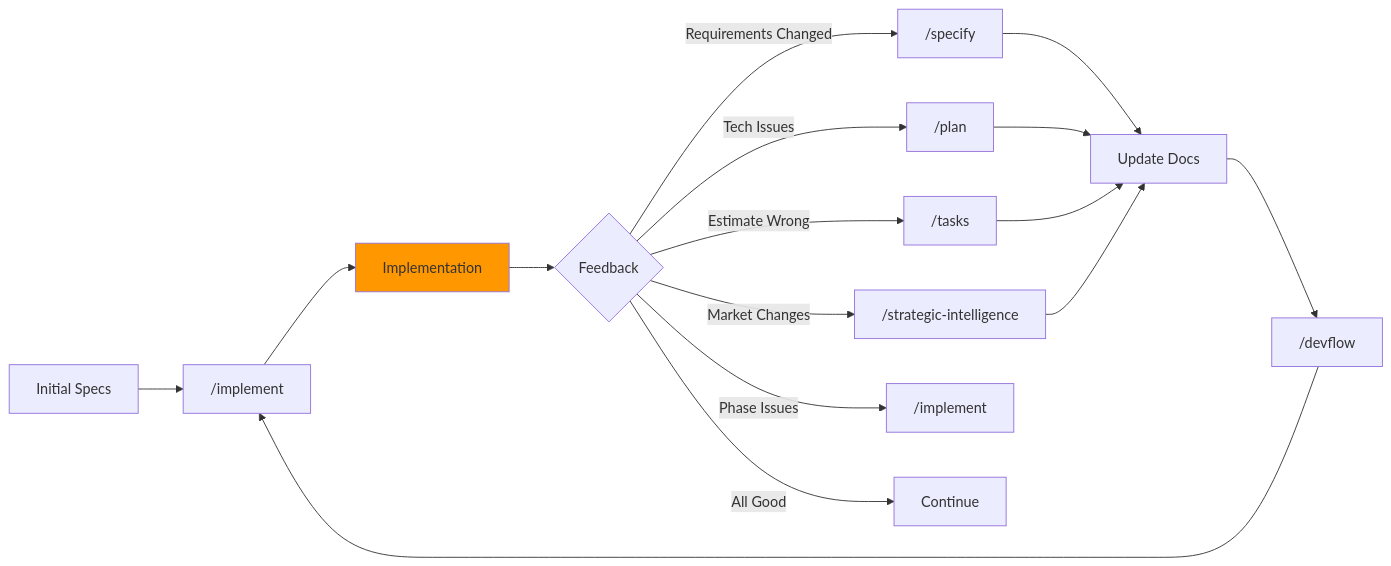
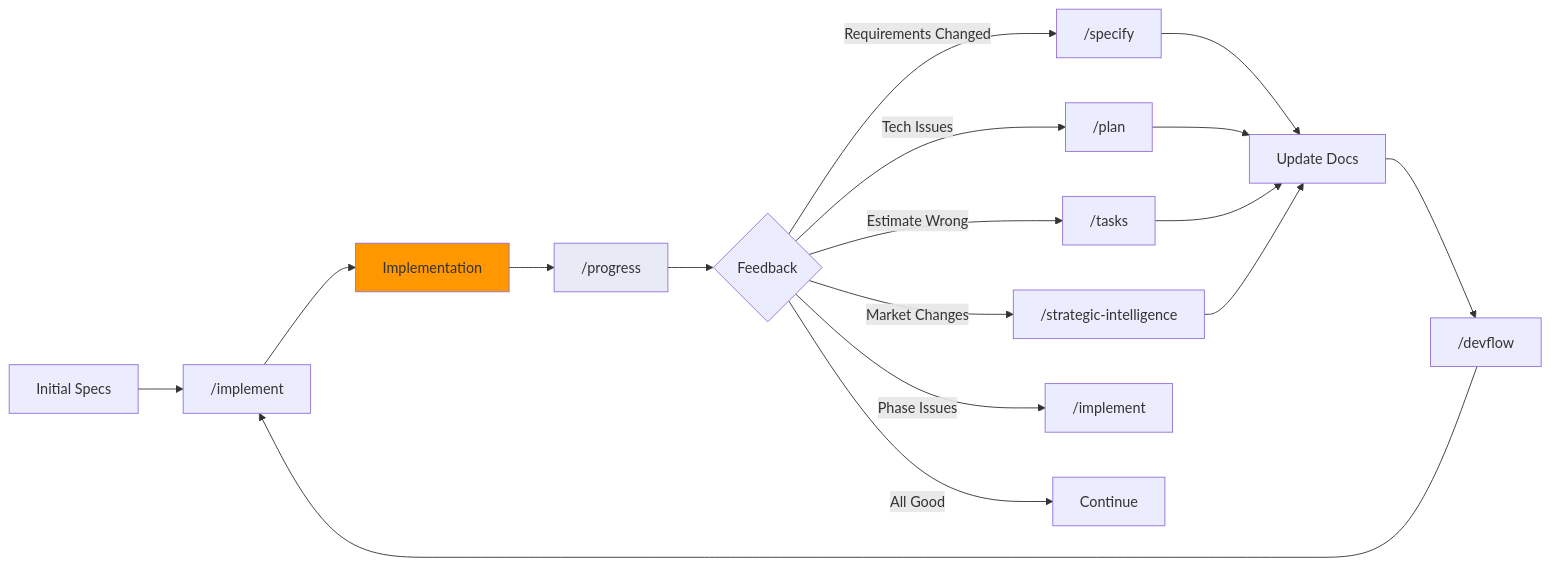
Diagram 16 of 23 in commands/WORKFLOW.md (Mathews-Tom/sage-dev), drawn with Mermaid before and after one commit. The commit also changed other lines of this file and 1 other file, not shown here.

Commit message:
docs: integrate /progress into workflow and usage. Positions status analysis between /implement and /commit with updated diagrams, sequences, scenarios, and checklists to improve delivery transparency.

````diff
--- a/commands/WORKFLOW.md
+++ b/commands/WORKFLOW.md
@@ -489,21 +509,23 @@
 ```mermaid
 graph LR
     A[Initial Specs] --> B["/implement"]
     B --> C[Implementation]
-    C --> D{Feedback}
+    C --> M["/progress"]
+    M --> D{Feedback}
     D -->|Requirements Changed| E["/specify"]
     D -->|Tech Issues| F["/plan"]
     D -->|Estimate Wrong| G["/tasks"]
     D -->|Market Changes| H["/strategic-intelligence"]
     D -->|Phase Issues| I["/implement"]
     D -->|All Good| J[Continue]
 
     E --> K[Update Docs]
     F --> K
     G --> K
     H --> K
     K --> L["/devflow"]
     L --> B
 
     style C fill:#ff9800
+    style M fill:#e8eaf6
 ```
````
